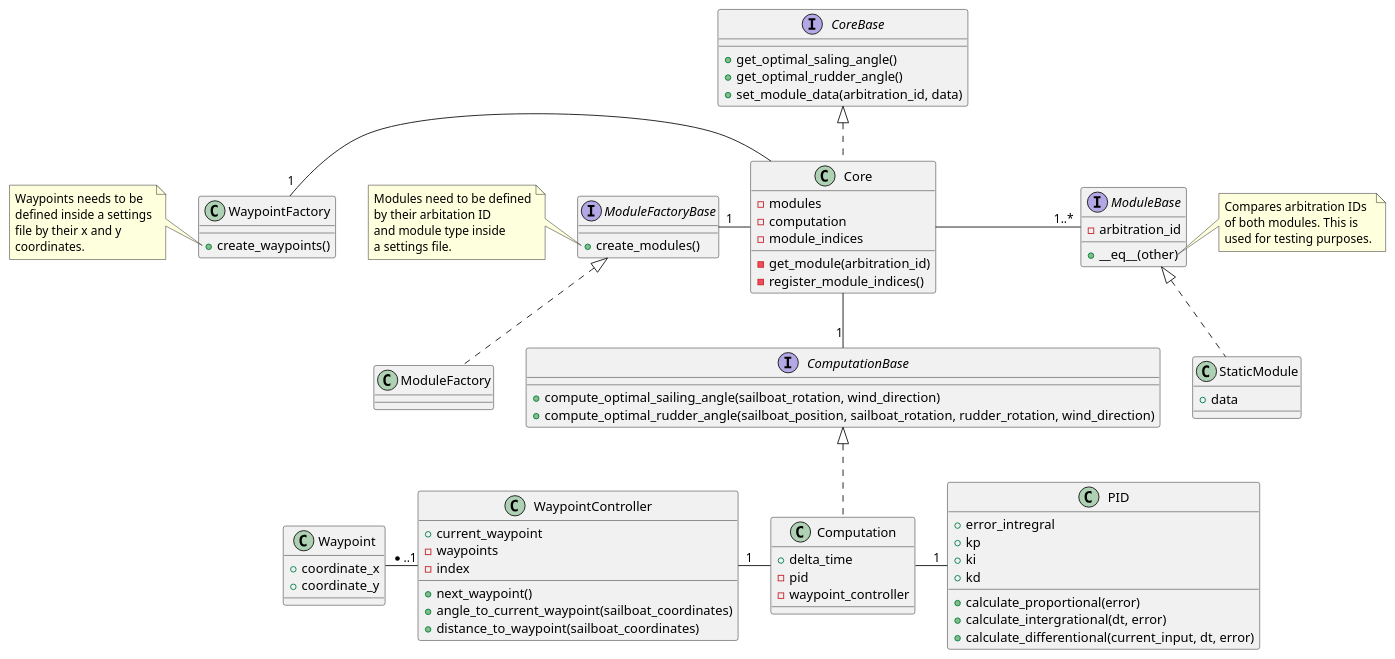
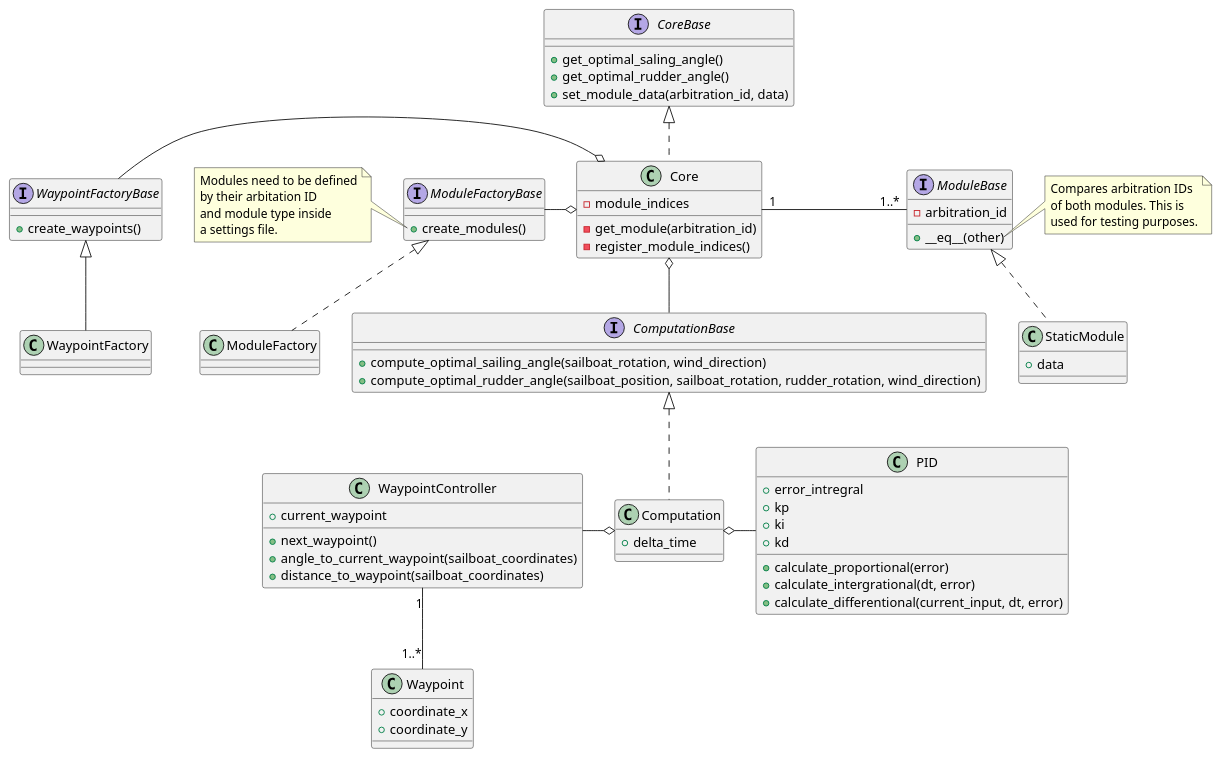
One commit to S-Vrijenhoek/Microtransat-Software-Framework changed the diagram in docs/diagrams/src/class_diagram.wsd. Above: the diagram before and after it, drawn with PlantUML. The commit also changed 5 other files, not shown here.

```diff
--- a/docs/diagrams/src/class_diagram.wsd
+++ b/docs/diagrams/src/class_diagram.wsd
@@ -1,115 +1,104 @@
 @startuml Class Diagram
 
 interface ModuleBase
 interface ModuleFactoryBase
+interface WaypointFactoryBase
 interface ComputationBase
 interface CoreBase
 
 class StaticModule
 class ModuleFactory
 class Computation
 class Core
 class PID
 class WaypointController
 class Waypoint
 class WaypointFactory
 
 ModuleBase <|.. StaticModule
 ModuleFactoryBase <|.. ModuleFactory
 ComputationBase <|.. Computation
+WaypointFactoryBase <|-- WaypointFactory
 CoreBase <|.. Core
-Core - "1..*" ModuleBase
-Core -left- "1" ModuleFactoryBase
-Core -left- "1" WaypointFactory
-Core -down- "1" ComputationBase
-Computation - "1" PID
-Computation -left- "1" WaypointController
-WaypointController -left- "*..1" Waypoint
+Core "1" - "1..*" ModuleBase
+Core o-left- ModuleFactoryBase
+Core o-left- WaypointFactoryBase
+Core o-down- ComputationBase
+Computation o-right- PID
+Computation o-left- WaypointController
+WaypointController "1" -down- "1..*" Waypoint
 
 interface ModuleBase {
     - arbitration_id
     + __eq__(other)
 }
 
 interface CoreBase {
     + get_optimal_saling_angle()
     + get_optimal_rudder_angle()
     + set_module_data(arbitration_id, data)
 }
 
 interface ModuleFactoryBase {
     + create_modules()
 }
 
 interface ComputationBase {
     + compute_optimal_sailing_angle(sailboat_rotation, wind_direction)
     + compute_optimal_rudder_angle(sailboat_position, sailboat_rotation, rudder_rotation, wind_direction)
 }
 
+interface WaypointFactoryBase {
+    + create_waypoints()
+}
+
 class PID {
     + error_intregral
     + kp
     + ki
     + kd
     + calculate_proportional(error)
     + calculate_intergrational(dt, error)
     + calculate_differentional(current_input, dt, error)
 }
 
 class WaypointController {
     + current_waypoint
-    - waypoints
-    - index
     + next_waypoint()
     + angle_to_current_waypoint(sailboat_coordinates)
     + distance_to_waypoint(sailboat_coordinates)
-}
-
-class WaypointFactory {
-    + create_waypoints()
 }
 
 class Waypoint {
     + coordinate_x
     + coordinate_y
 }
 
 class StaticModule {
     + data
 }
 
 class Computation {
     + delta_time
-    - pid
-    - waypoint_controller
 }
 
 class Core {
-    - modules
-    - computation
     - module_indices
     - get_module(arbitration_id)
     - register_module_indices()
 }
 
 note left of ModuleFactoryBase::create_modules
     Modules need to be defined
     by their arbitation ID
     and module type inside 
     a settings file.
 end note
 
 note right of ModuleBase::__eq__
     Compares arbitration IDs
     of both modules. This is
     used for testing purposes.
 end note
 
-note left of WaypointFactory::create_waypoints
-    Waypoints needs to be
-    defined inside a settings
-    file by their x and y 
-    coordinates.
-end note
-
 @enduml
```
